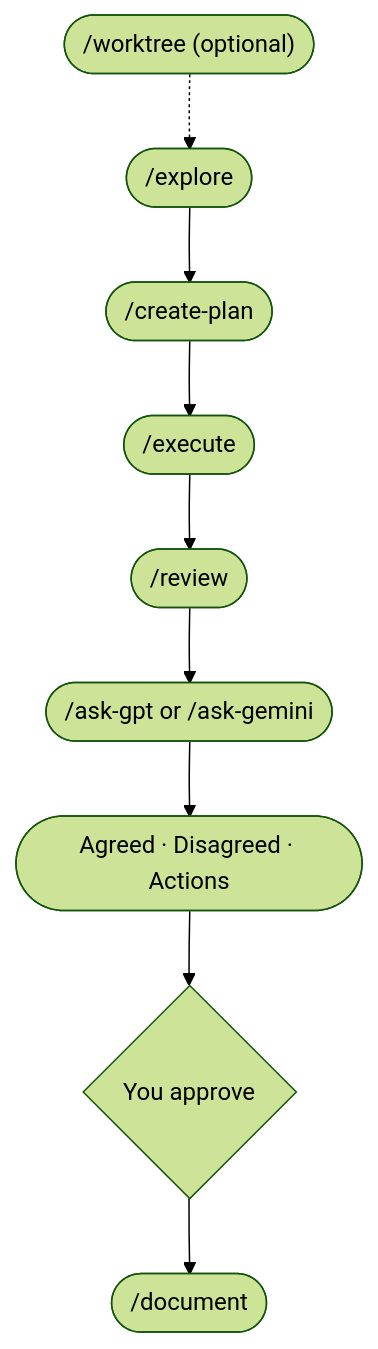
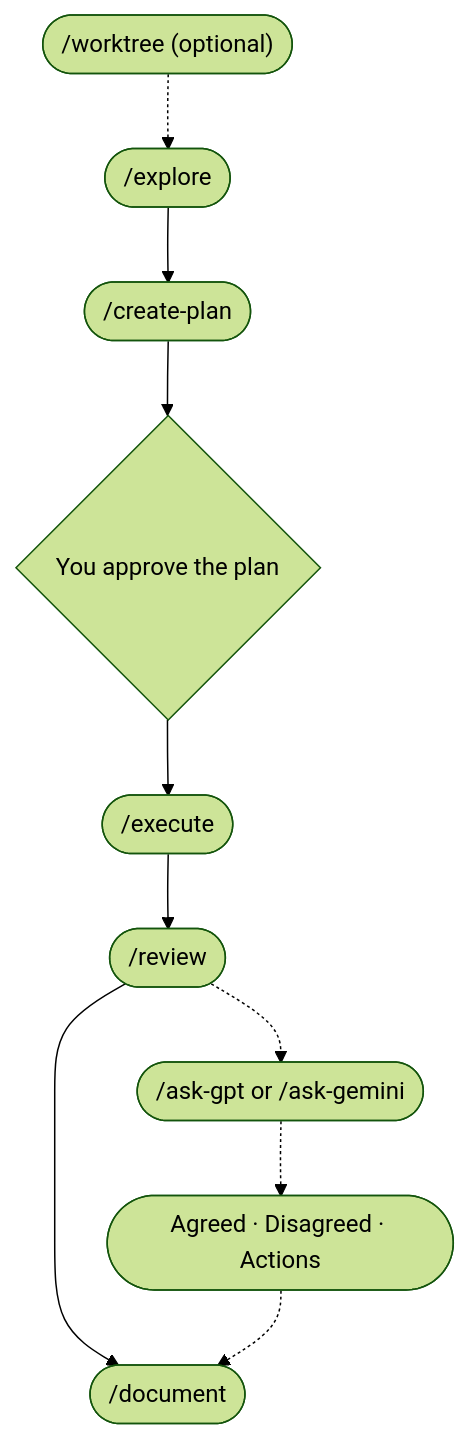
Before and after one commit to mayankmankhand/llm-peer-review: the diagram in README.md, drawn with Mermaid (forest theme). The commit also changed other lines of this file and 2 other files, not shown here.

Commit message:
Update workflow diagrams for stage chaining

````diff
--- a/README.md
+++ b/README.md
@@ -21,11 +21,12 @@
 ```mermaid
 flowchart TD
     W(["/worktree (optional)"]) -.-> A(["/explore"])
     A --> B(["/create-plan"])
-    B --> C(["/execute"])
+    B --> G{"You approve the plan"}
+    G --> C(["/execute"])
     C --> D(["/review"])
-    D --> E(["/ask-gpt or /ask-gemini"])
-    E --> F(["Agreed · Disagreed · Actions"])
-    F --> G{"You approve"}
-    G --> H(["/document"])
+    D --> H(["/document"])
+    D -.-> E(["/ask-gpt or /ask-gemini"])
+    E -.-> F(["Agreed · Disagreed · Actions"])
+    F -.-> H
 ```
````
